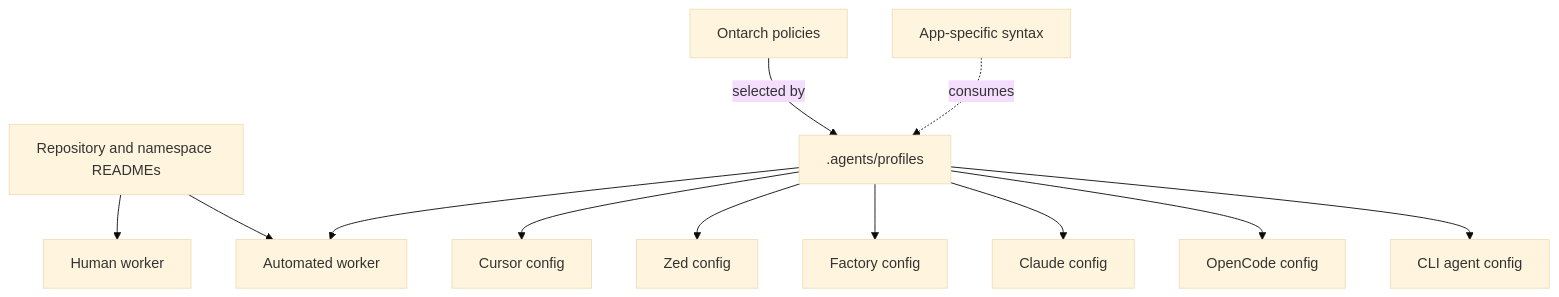
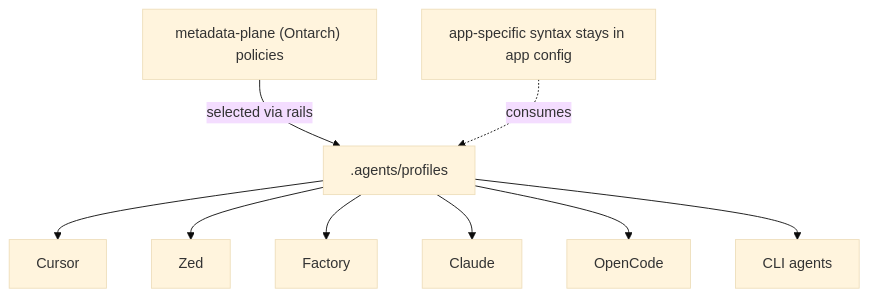
The first of 2 diagrams in docs/agent-configs.md (luckgrid/wfos), drawn with Mermaid (base theme) before and after one commit. The commit also changed other lines of this file, not shown here.

Commit message:
restore agent profile documentation with README entrypoints

````diff
--- a/docs/agent-configs.md
+++ b/docs/agent-configs.md
@@ -74,17 +35,11 @@
 ```mermaid
 flowchart TD
-  Readme["Repository and namespace READMEs"] --> Human[Human worker]
-  Readme --> Agent[Automated worker]
-
-  Policies["Ontarch policies"] -->|selected by| Profiles[".agents/profiles"]
-  Profiles --> Agent
-
-  Profiles --> Cursor[Cursor config]
-  Profiles --> Zed[Zed config]
-  Profiles --> Factory[Factory config]
-  Profiles --> Claude[Claude config]
-  Profiles --> OpenCode[OpenCode config]
-  Profiles --> Shell[CLI agent config]
-
-  AppSyntax["App-specific syntax"] -. consumes .-> Profiles
+  Pol["metadata-plane (Ontarch) policies"] -->|selected via rails| Reg[.agents/profiles]
+  Reg --> Cursor[Cursor]
+  Reg --> Zed[Zed]
+  Reg --> Factory[Factory]
+  Reg --> Claude[Claude]
+  Reg --> OpenCode[OpenCode]
+  Reg --> Shell[CLI agents]
+  AppSyntax[app-specific syntax stays in app config] -. consumes .-> Reg
 ```
````
